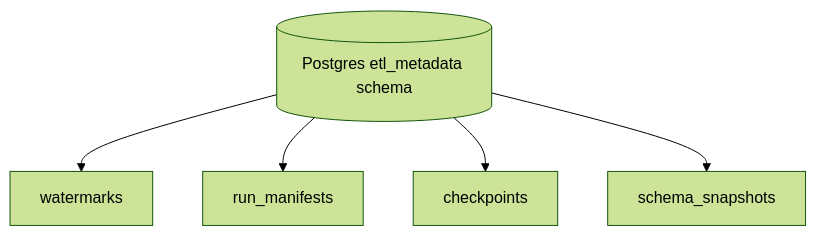
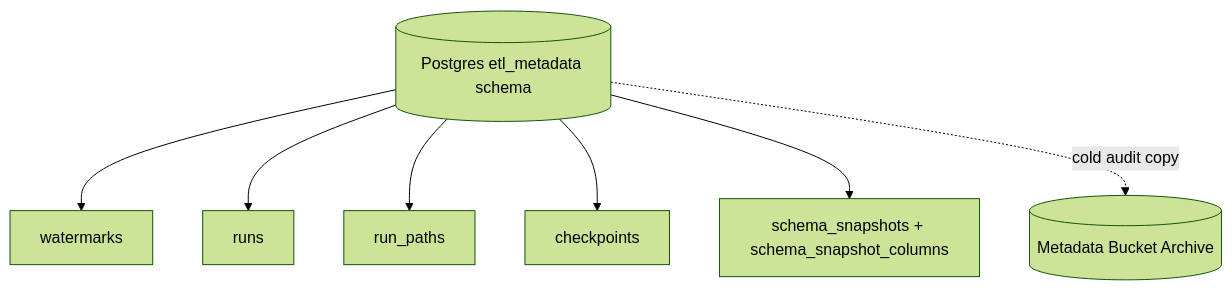
Before and after one commit to KayvanShah1/b2b-ecommerce-platform: the second of 3 diagrams in b2b_ec_etl/ETL.md, drawn with Mermaid (forest theme). The commit also changed other lines of this file, not shown here.

Commit message:
docs(etl): update ingestion metadata architecture notes

````diff
--- a/b2b_ec_etl/ETL.md
+++ b/b2b_ec_etl/ETL.md
@@ -85,8 +85,11 @@
 ```mermaid
 flowchart TD
     DB[(Postgres etl_metadata schema)]
+    BUCKET[(Metadata Bucket Archive)]
     DB --> W1[watermarks]
-    DB --> R1[run_manifests]
+    DB --> R1[runs]
+    DB --> RP1[run_paths]
     DB --> C1[checkpoints]
-    DB --> S1[schema_snapshots]
+    DB --> S1[schema_snapshots + schema_snapshot_columns]
+    DB -.cold audit copy.-> BUCKET
 ```
````
